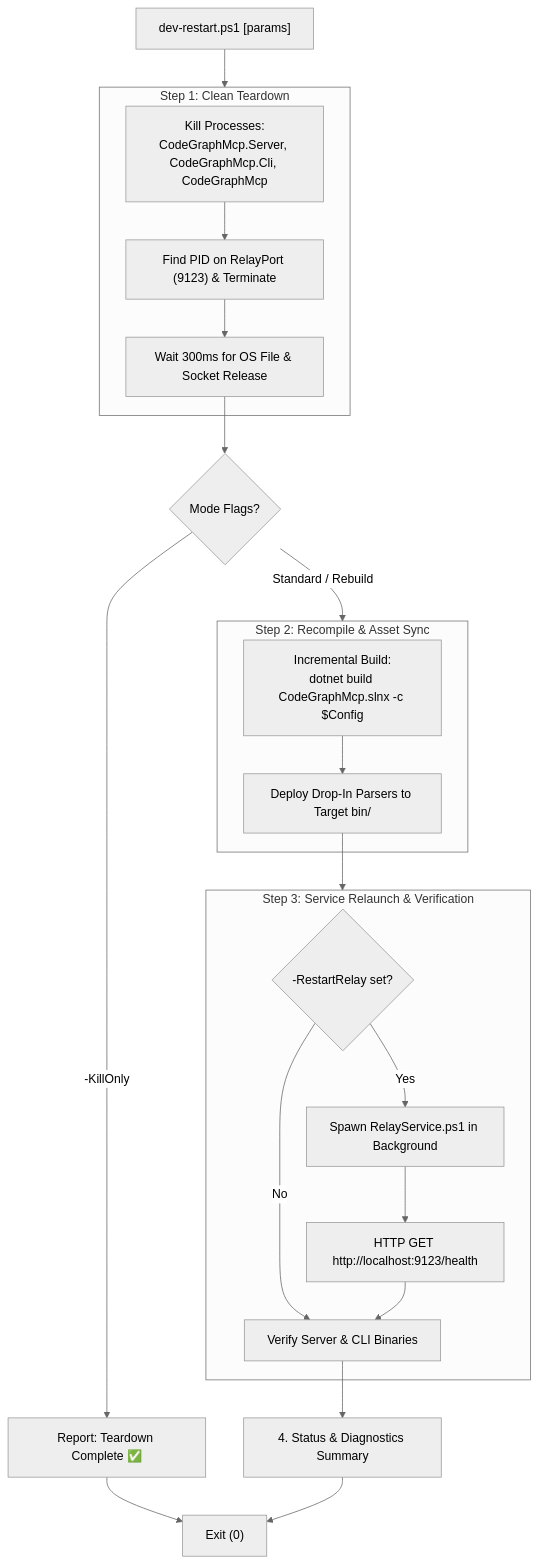
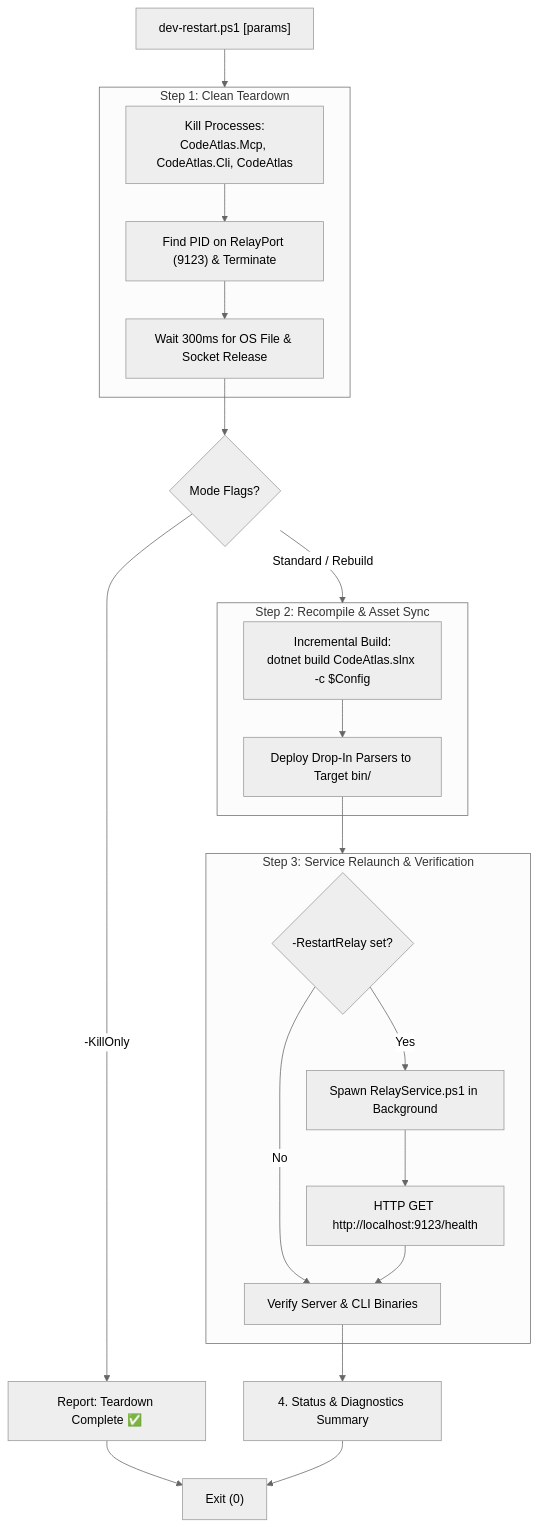
Before and after one commit to ScriptedFluff/CodeAtlas: the diagram in plan/dev-restart-inner-loop.g37.md, drawn with Mermaid (neutral theme). The commit also changed other lines of this file and 322 other files, not shown here.

````diff
--- a/plan/dev-restart-inner-loop.g37.md
+++ b/plan/dev-restart-inner-loop.g37.md
@@ -29,37 +29,37 @@
 ```mermaid
 flowchart TD
     Start["dev-restart.ps1 [params]"] --> Step1["1. Process & Port Teardown"]
     
     subgraph Step1 ["Step 1: Clean Teardown"]
-        KillProcs["Kill Processes:<br/>CodeGraphMcp.Server, CodeGraphMcp.Cli, CodeGraphMcp"]
+        KillProcs["Kill Processes:<br/>CodeAtlas.Mcp, CodeAtlas.Cli, CodeAtlas"]
         KillPort["Find PID on RelayPort (9123) & Terminate"]
         WaitLock["Wait 300ms for OS File & Socket Release"]
         KillProcs --> KillPort --> WaitLock
     end
 
     WaitLock --> ModeCheck{"Mode Flags?"}
     
     ModeCheck -- "-KillOnly" --> DoneKill["Report: Teardown Complete ✅"]
     
     ModeCheck -- "Standard / Rebuild" --> Step2["2. Solution & Plugin Build"]
     
     subgraph Step2 ["Step 2: Recompile & Asset Sync"]
-        DotnetBuild["Incremental Build:<br/>dotnet build CodeGraphMcp.slnx -c $Config"]
+        DotnetBuild["Incremental Build:<br/>dotnet build CodeAtlas.slnx -c $Config"]
         SyncPlugins["Deploy Drop-In Parsers to Target bin/"]
         DotnetBuild --> SyncPlugins
     end
 
     SyncPlugins --> Step3["3. Service Orchestration"]
     
     subgraph Step3 ["Step 3: Service Relaunch & Verification"]
         CheckRelay{"-RestartRelay set?"}
         CheckRelay -- Yes --> SpawnRelay["Spawn RelayService.ps1 in Background"]
         CheckRelay -- No --> VerifyBin["Verify Server & CLI Binaries"]
         SpawnRelay --> HealthCheck["HTTP GET http://localhost:9123/health"]
         HealthCheck --> VerifyBin
     end
 
     VerifyBin --> Step4["4. Status & Diagnostics Summary"]
     DoneKill --> End["Exit (0)"]
     Step4 --> End
 ```
````
